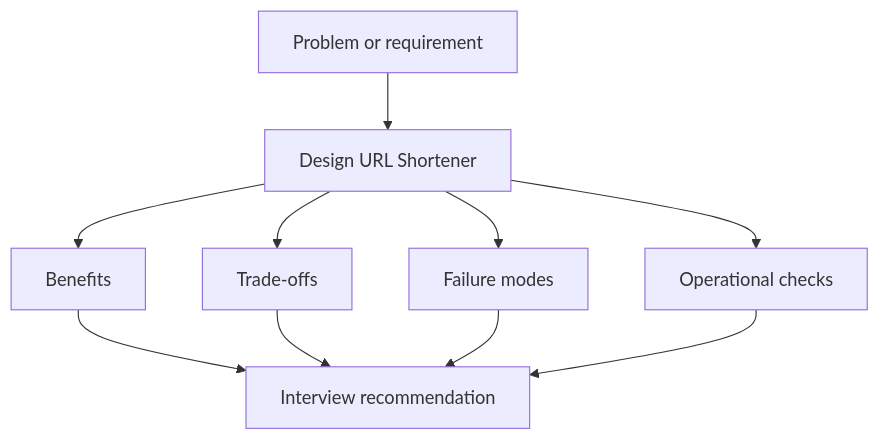
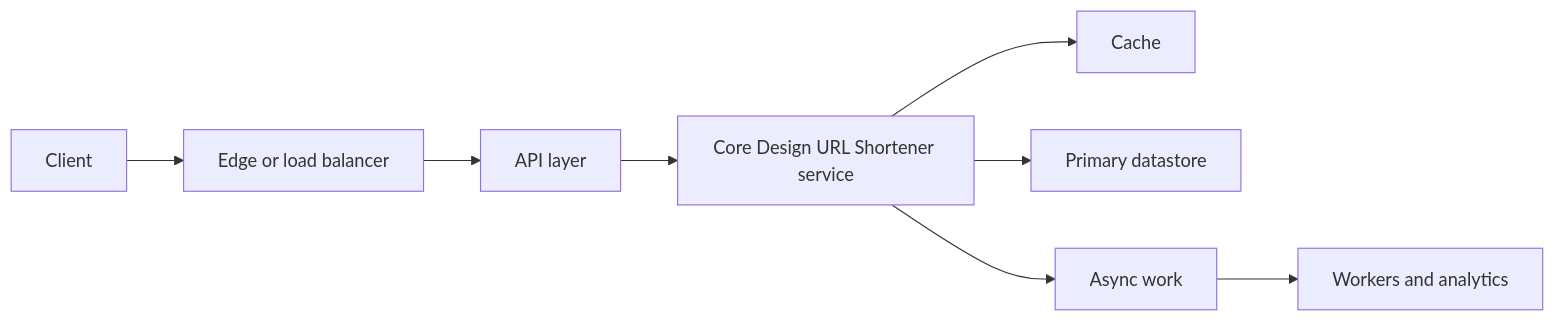
Before and after one commit to abstractinterviews/abstractinterviews.github.io: the second of 3 diagrams in case-studies/url-shortener/problem.md, drawn with Mermaid. The commit also changed other lines of this file and 278 other files, not shown here.

````diff
--- a/case-studies/url-shortener/problem.md
+++ b/case-studies/url-shortener/problem.md
@@ -88,12 +80,10 @@
-~~~mermaid
-flowchart TD
-    Problem["Problem or requirement"] --> Concept["Design URL Shortener"]
-    Concept --> Benefits["Benefits"]
-    Concept --> Tradeoffs["Trade-offs"]
-    Concept --> FailureModes["Failure modes"]
-    Concept --> Operations["Operational checks"]
-    Benefits --> Decision["Interview recommendation"]
-    Tradeoffs --> Decision
-    FailureModes --> Decision
-    Operations --> Decision
-~~~
+```mermaid
+flowchart LR
+    Client["Client"] --> Edge["Edge or load balancer"]
+    Edge --> API["API layer"]
+    API --> Core["Core Design URL Shortener service"]
+    Core --> Cache["Cache"]
+    Core --> DB["Primary datastore"]
+    Core --> Queue["Async work"]
+    Queue --> Workers["Workers and analytics"]
+```
````
